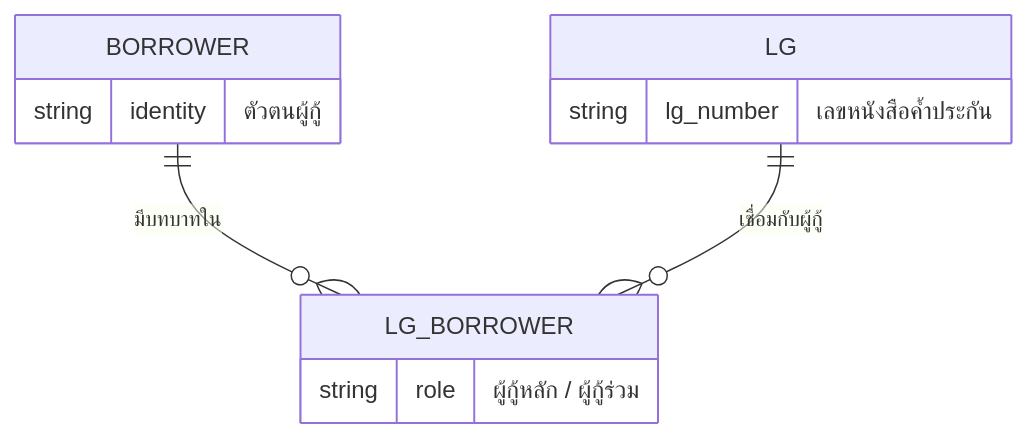
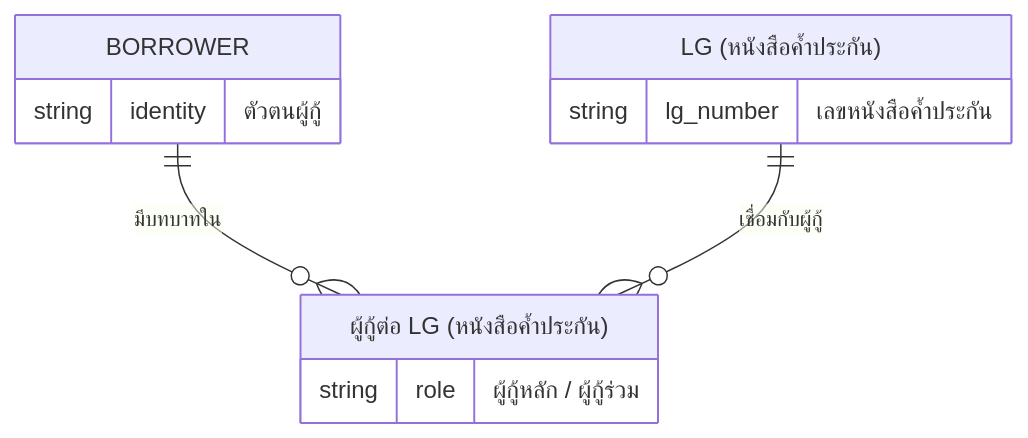
One commit to yukasung/eodncb changed the third of 4 diagrams in app/overview/page.mdx. Above: the diagram before and after it, drawn with Mermaid. The commit also changed other lines of this file and 16 other files, not shown here.

````diff
--- a/app/overview/page.mdx
+++ b/app/overview/page.mdx
@@ -86,15 +90,15 @@
 ```mermaid
 erDiagram
     direction TB
     BORROWER ||--o{ LG_BORROWER : "มีบทบาทใน"
     LG ||--o{ LG_BORROWER : "เชื่อมกับผู้กู้"
     BORROWER {
         string identity "ตัวตนผู้กู้"
     }
-    LG {
+    LG["LG (หนังสือค้ำประกัน)"] {
         string lg_number "เลขหนังสือค้ำประกัน"
     }
-    LG_BORROWER {
+    LG_BORROWER["ผู้กู้ต่อ LG (หนังสือค้ำประกัน)"] {
         string role "ผู้กู้หลัก / ผู้กู้ร่วม"
     }
 ```
````
